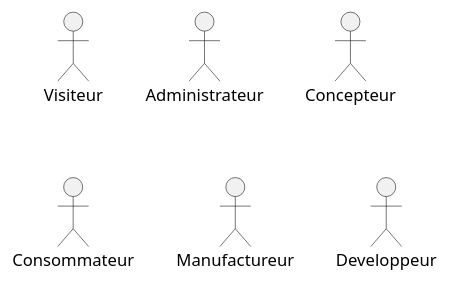
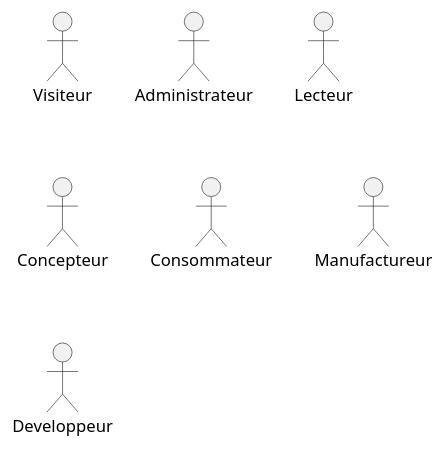
One commit to olivaux/myr changed the fourth of 6 diagrams in specs/1-Expression/Expression_des_besoins_Intro.md. Above: the diagram before and after it, drawn with PlantUML. The commit also changed other lines of this file and 3 other files, not shown here.

````diff
--- a/specs/1-Expression/Expression_des_besoins_Intro.md
+++ b/specs/1-Expression/Expression_des_besoins_Intro.md
@@ -258,10 +272,11 @@
 ```plantuml
 @startuml
 :Visiteur:
 :Administrateur:
+:Lecteur:
 :Concepteur:
 :Consommateur:
 :Manufactureur:
 :Developpeur:
 @enduml
 ```
````
